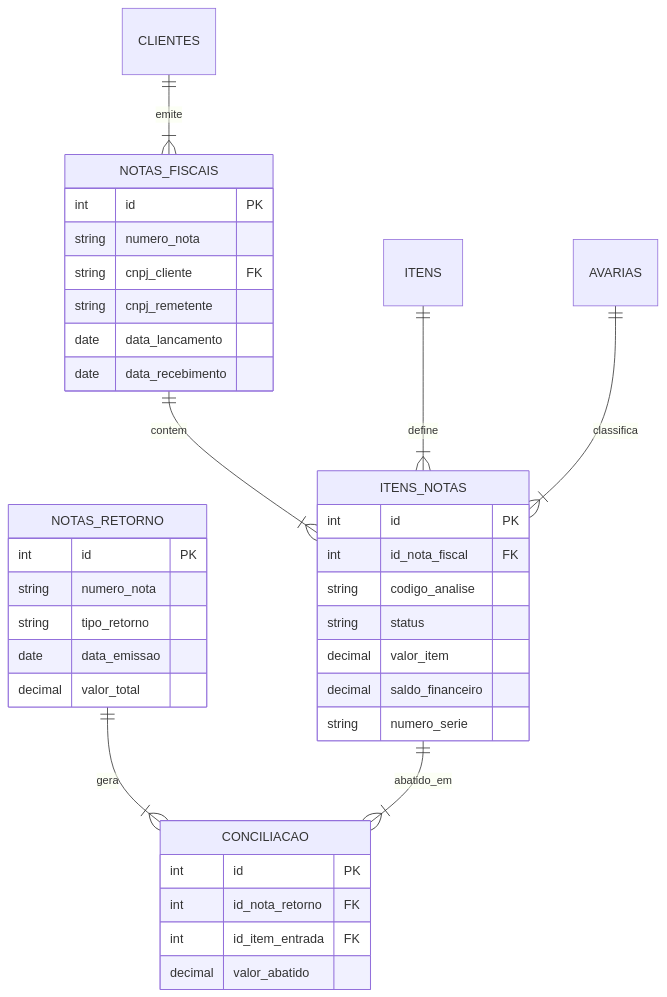
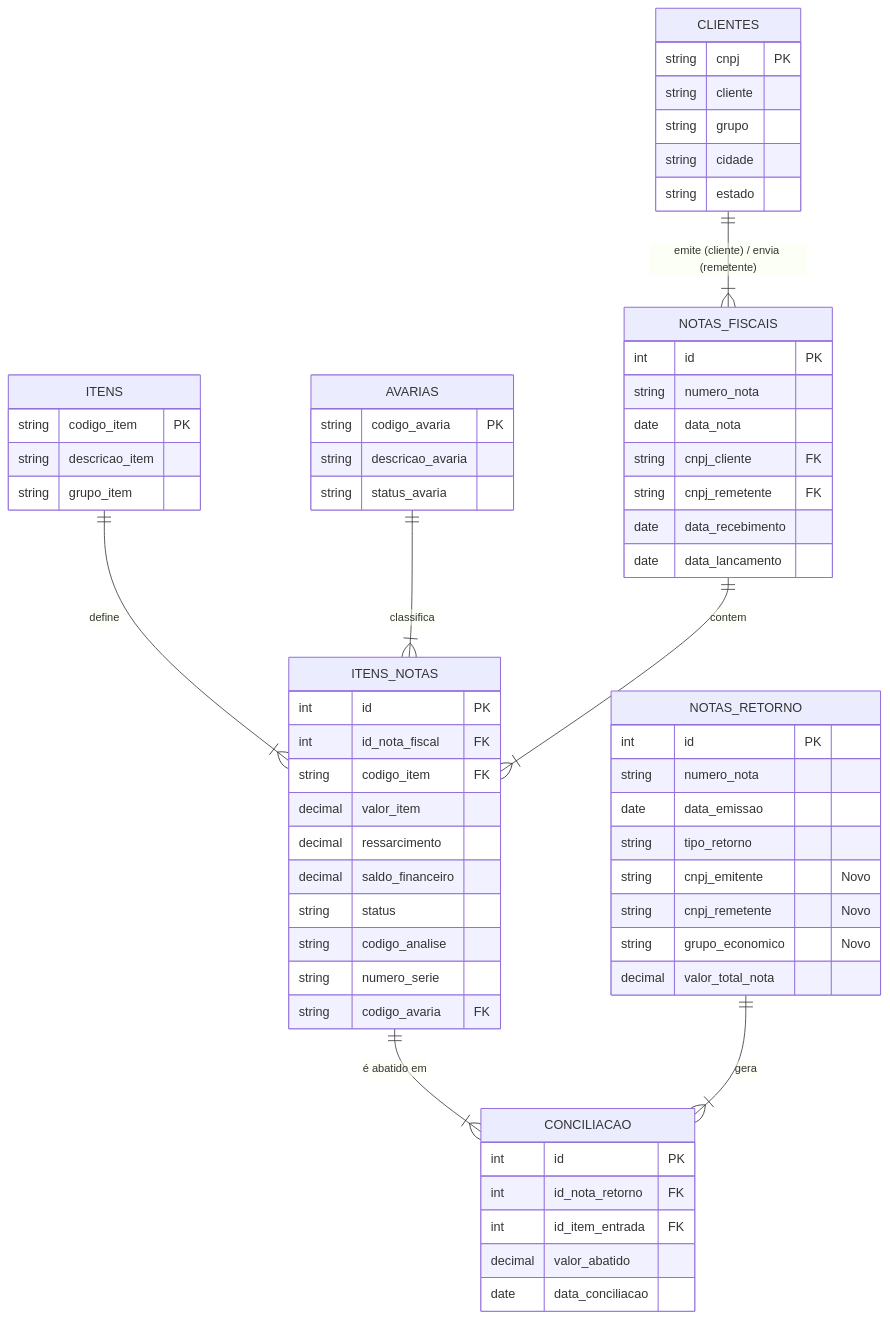
Before and after one commit to 1joaovfr/Partlog: the diagram in README.md, drawn with Mermaid. The commit also changed other lines of this file, not shown here.

````diff
--- a/README.md
+++ b/README.md
@@ -115,44 +117,76 @@
 ```mermaid
 erDiagram
+    %% Tabela Clientes e suas relações
+    CLIENTES ||--|{ NOTAS_FISCAIS : "emite (cliente) / envia (remetente)"
+    CLIENTES {
+        string cnpj PK
+        string cliente
+        string grupo
+        string cidade
+        string estado
+    }
+
+    %% Tabela Itens e Avarias (Cadastros)
+    ITENS ||--|{ ITENS_NOTAS : define
+    ITENS {
+        string codigo_item PK
+        string descricao_item
+        string grupo_item
+    }
+
+    AVARIAS ||--|{ ITENS_NOTAS : classifica
+    AVARIAS {
+        string codigo_avaria PK
+        string descricao_avaria
+        string status_avaria
+    }
+
+    %% Tabela Notas Fiscais (Entrada)
     NOTAS_FISCAIS ||--|{ ITENS_NOTAS : contem
-    CLIENTES ||--|{ NOTAS_FISCAIS : emite
-    ITENS ||--|{ ITENS_NOTAS : define
-    AVARIAS ||--|{ ITENS_NOTAS : classifica
-    
-    NOTAS_RETORNO ||--|{ CONCILIACAO : gera
-    ITENS_NOTAS ||--|{ CONCILIACAO : abatido_em
-
     NOTAS_FISCAIS {
         int id PK
         string numero_nota
+        date data_nota
         string cnpj_cliente FK
-        string cnpj_remetente
+        string cnpj_remetente FK
+        date data_recebimento
         date data_lancamento
-        date data_recebimento
     }
 
+    %% Tabela Itens das Notas (O coração do sistema)
+    ITENS_NOTAS ||--|{ CONCILIACAO : "é abatido em"
     ITENS_NOTAS {
         int id PK
         int id_nota_fiscal FK
+        string codigo_item FK
+        decimal valor_item
+        decimal ressarcimento
+        decimal saldo_financeiro
+        string status
         string codigo_analise
-        string status
-        decimal valor_item
-        decimal saldo_financeiro
         string numero_serie
+        string codigo_avaria FK
     }
 
+    %% Tabela Notas de Retorno (Saída/Fechamento)
+    NOTAS_RETORNO ||--|{ CONCILIACAO : gera
     NOTAS_RETORNO {
         int id PK
         string numero_nota
+        date data_emissao
         string tipo_retorno
-        date data_emissao
-        decimal valor_total
+        string cnpj_emitente "Novo"
+        string cnpj_remetente "Novo"
+        string grupo_economico "Novo"
+        decimal valor_total_nota
     }
 
+    %% Tabela Conciliação (Ligação N:N)
     CONCILIACAO {
         int id PK
         int id_nota_retorno FK
         int id_item_entrada FK
         decimal valor_abatido
+        date data_conciliacao
     }
 ```
````
